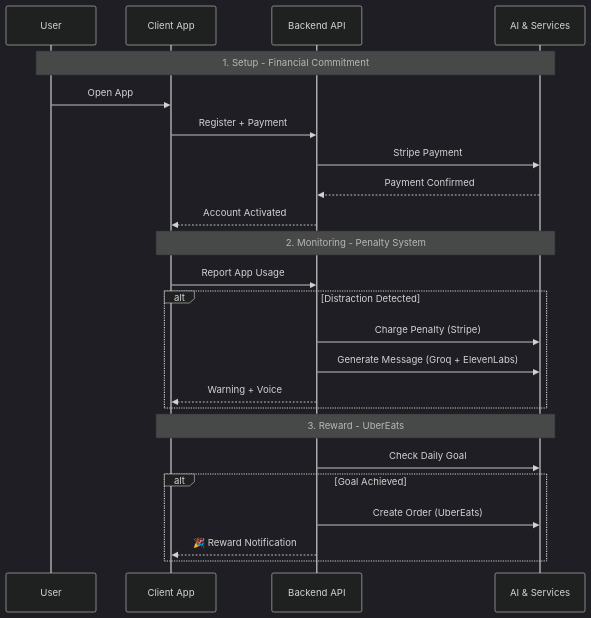
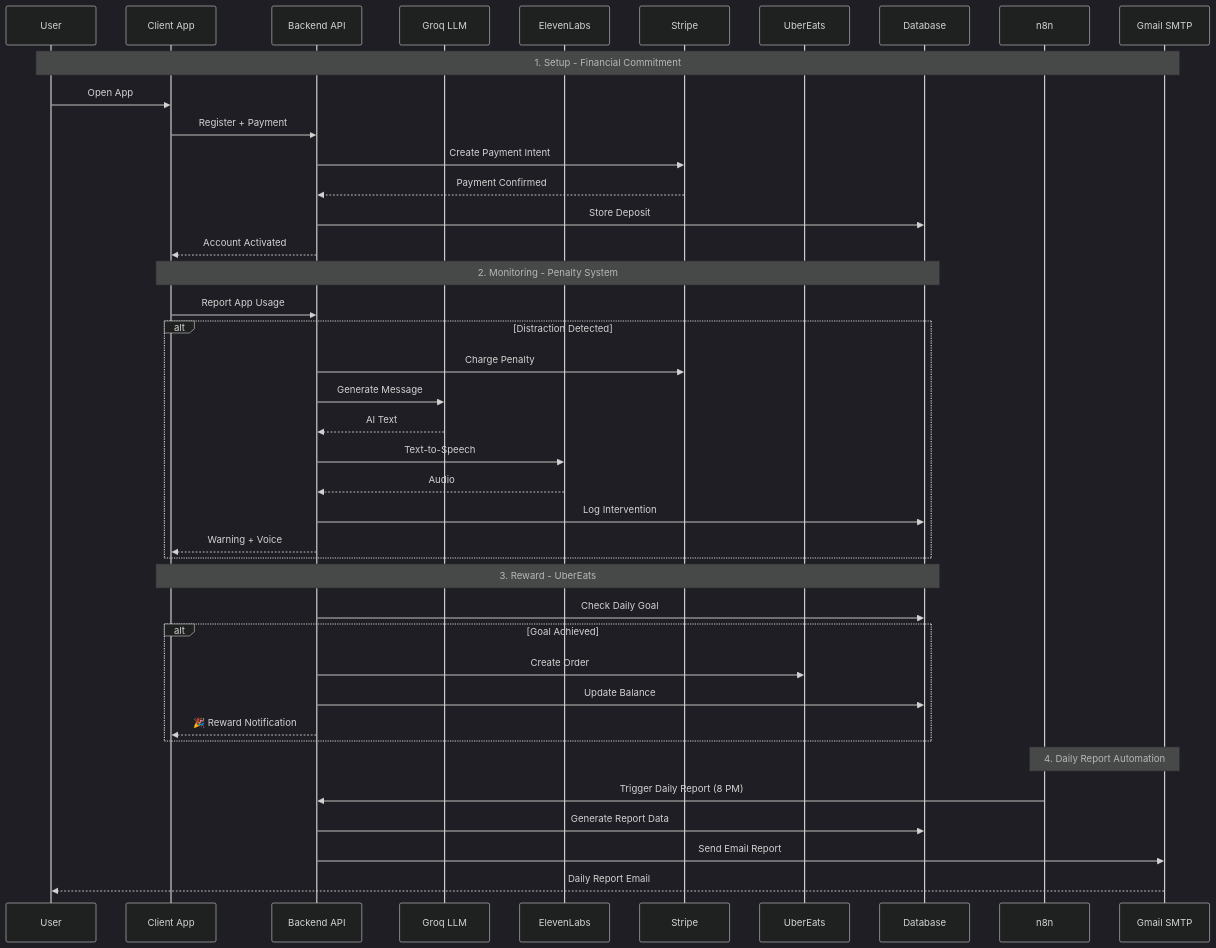
One commit to Jessi0803/Bad_Habit_Breaker changed the second of 2 diagrams in README.md. Above: the diagram before and after it, drawn with Mermaid (dark theme). The commit also changed other lines of this file, not shown here.

Commit message:
📊 Add detailed architecture with n8n and Gmail
Enhanced architecture diagrams with more details:

1. System Architecture
   - Added Daily Report Service
   - Added Email Service (nodemailer)
   - Added n8n Workflow for automation
   - Added Gmail SMTP for email delivery
   - More detailed service descriptions

2. Data Flow Sequence
   - Added n8n and Gmail SMTP participants
   - Added Daily Report Automation step
   - More detailed flow with all services
   - Clear 4-step process flow

````diff
--- a/README.md
+++ b/README.md
@@ -438,29 +454,47 @@
 ```mermaid
 sequenceDiagram
     participant User
     participant Client as Client App
     participant Backend as Backend API
-    participant Services as AI & Services
+    participant Groq as Groq LLM
+    participant EL as ElevenLabs
+    participant Stripe as Stripe
+    participant Uber as UberEats
+    participant DB as Database
+    participant n8n as n8n
+    participant Gmail as Gmail SMTP
     
-    Note over User,Services: 1. Setup - Financial Commitment
+    Note over User,Gmail: 1. Setup - Financial Commitment
     User->>Client: Open App
     Client->>Backend: Register + Payment
-    Backend->>Services: Stripe Payment
-    Services-->>Backend: Payment Confirmed
+    Backend->>Stripe: Create Payment Intent
+    Stripe-->>Backend: Payment Confirmed
+    Backend->>DB: Store Deposit
     Backend-->>Client: Account Activated
     
-    Note over Client,Services: 2. Monitoring - Penalty System
+    Note over Client,DB: 2. Monitoring - Penalty System
     Client->>Backend: Report App Usage
     alt Distraction Detected
-        Backend->>Services: Charge Penalty (Stripe)
-        Backend->>Services: Generate Message (Groq + ElevenLabs)
+        Backend->>Stripe: Charge Penalty
+        Backend->>Groq: Generate Message
+        Groq-->>Backend: AI Text
+        Backend->>EL: Text-to-Speech
+        EL-->>Backend: Audio
+        Backend->>DB: Log Intervention
         Backend-->>Client: Warning + Voice
     end
     
-    Note over Client,Services: 3. Reward - UberEats
-    Backend->>Services: Check Daily Goal
+    Note over Client,DB: 3. Reward - UberEats
+    Backend->>DB: Check Daily Goal
     alt Goal Achieved
-        Backend->>Services: Create Order (UberEats)
+        Backend->>Uber: Create Order
+        Backend->>DB: Update Balance
         Backend-->>Client: 🎉 Reward Notification
     end
+    
+    Note over n8n,Gmail: 4. Daily Report Automation
+    n8n->>Backend: Trigger Daily Report (8 PM)
+    Backend->>DB: Generate Report Data
+    Backend->>Gmail: Send Email Report
+    Gmail-->>User: Daily Report Email
 ```
````
